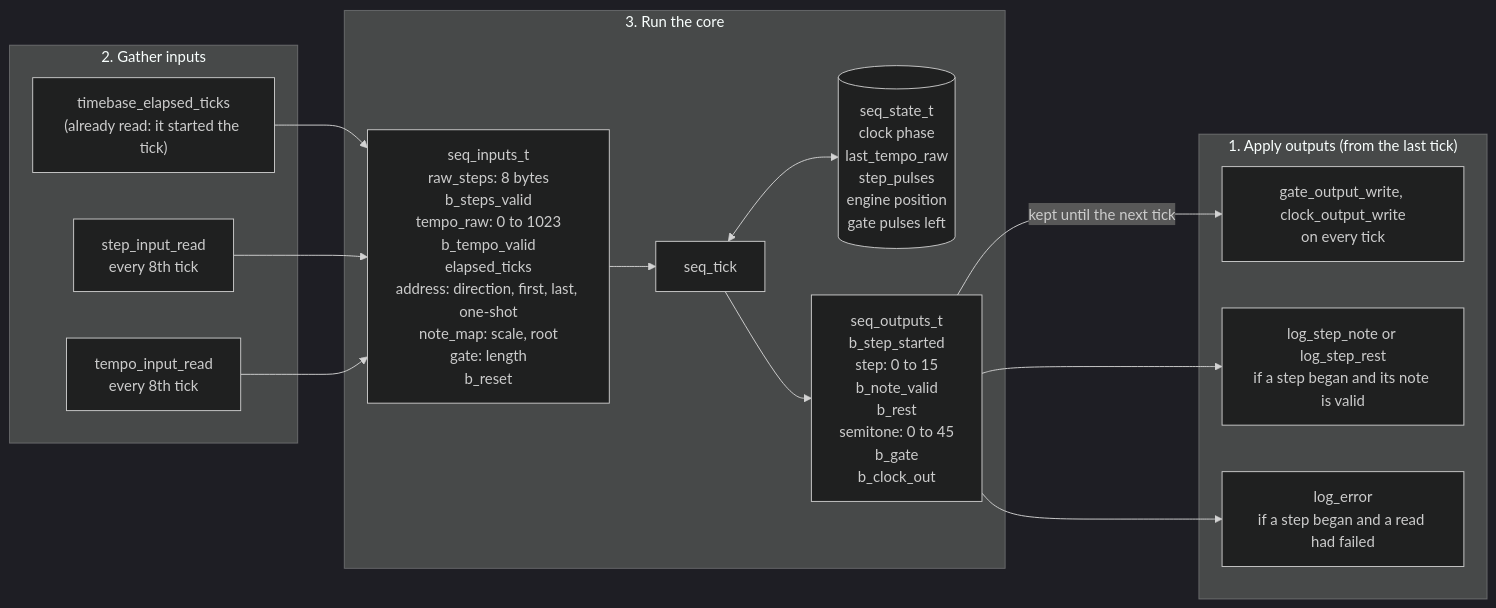
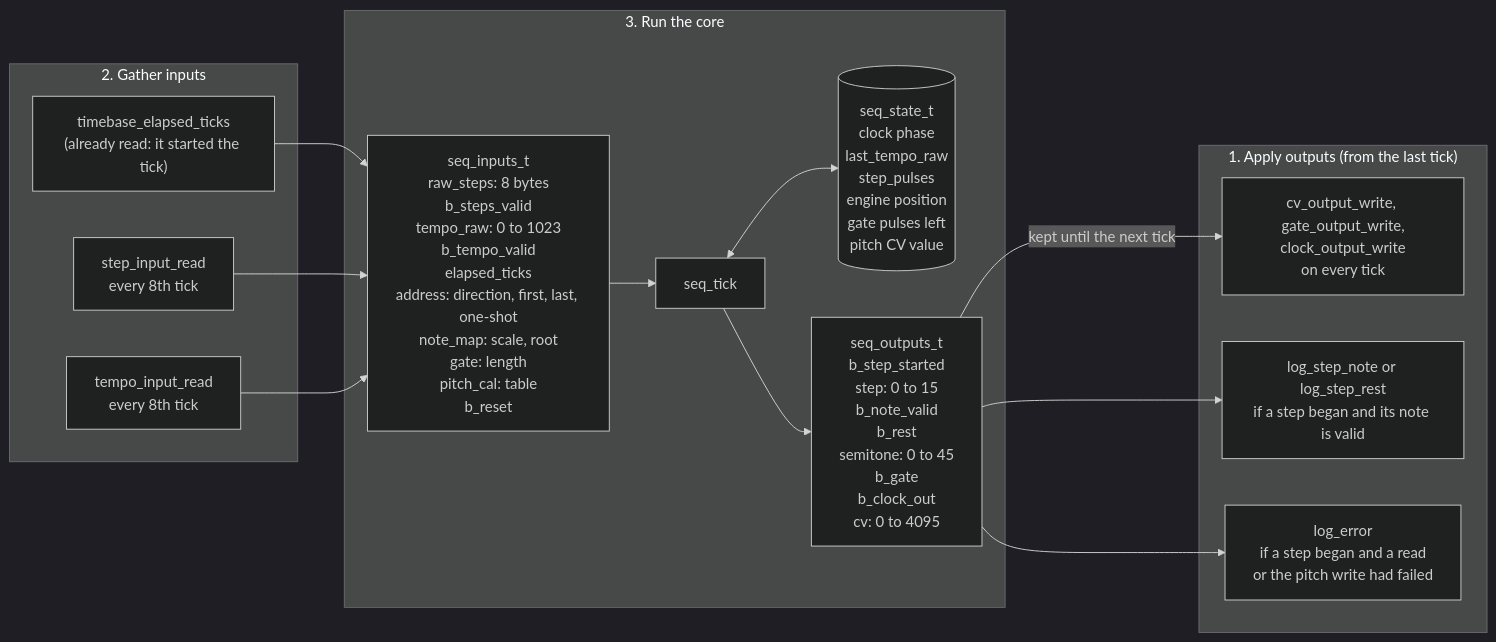
Before and after one commit to BonelessPig/nano_sequencer: the fifth of 21 diagrams in docs/ARCHITECTURE.md, drawn with Mermaid (dark theme). The commit also changed other lines of this file and 34 other files, not shown here.

First line of the commit message:
Phase 4: pitch CV through an MCP4822 DAC

````diff
--- a/docs/ARCHITECTURE.md
+++ b/docs/ARCHITECTURE.md
@@ -183,28 +189,28 @@
 ```mermaid
 flowchart LR
     subgraph apply["1. Apply outputs (from the last tick)"]
-        pins["gate_output_write, clock_output_write<br/>on every tick"]
+        pins["cv_output_write, gate_output_write,<br/>clock_output_write<br/>on every tick"]
         logn["log_step_note or log_step_rest<br/>if a step began and its note is valid"]
-        loge["log_error<br/>if a step began and a read had failed"]
+        loge["log_error<br/>if a step began and a read<br/>or the pitch write had failed"]
     end
     subgraph gather["2. Gather inputs"]
         tb["timebase_elapsed_ticks<br/>(already read: it started the tick)"]
         sr["step_input_read<br/>every 8th tick"]
         tr["tempo_input_read<br/>every 8th tick"]
     end
     subgraph run["3. Run the core"]
-        in["seq_inputs_t<br/>raw_steps: 8 bytes<br/>b_steps_valid<br/>tempo_raw: 0 to 1023<br/>b_tempo_valid<br/>elapsed_ticks<br/>address: direction, first, last, one-shot<br/>note_map: scale, root<br/>gate: length<br/>b_reset"]
+        in["seq_inputs_t<br/>raw_steps: 8 bytes<br/>b_steps_valid<br/>tempo_raw: 0 to 1023<br/>b_tempo_valid<br/>elapsed_ticks<br/>address: direction, first, last, one-shot<br/>note_map: scale, root<br/>gate: length<br/>pitch_cal: table<br/>b_reset"]
         tick["seq_tick"]
-        state[("seq_state_t<br/>clock phase<br/>last_tempo_raw<br/>step_pulses<br/>engine position<br/>gate pulses left")]
-        out["seq_outputs_t<br/>b_step_started<br/>step: 0 to 15<br/>b_note_valid<br/>b_rest<br/>semitone: 0 to 45<br/>b_gate<br/>b_clock_out"]
+        state[("seq_state_t<br/>clock phase<br/>last_tempo_raw<br/>step_pulses<br/>engine position<br/>gate pulses left<br/>pitch CV value")]
+        out["seq_outputs_t<br/>b_step_started<br/>step: 0 to 15<br/>b_note_valid<br/>b_rest<br/>semitone: 0 to 45<br/>b_gate<br/>b_clock_out<br/>cv: 0 to 4095"]
     end
     tb --> in
     sr --> in
     tr --> in
     in --> tick
     tick <--> state
     tick --> out
     out -->|"kept until the next tick"| pins
     out --> logn
     out --> loge
 ```
````
